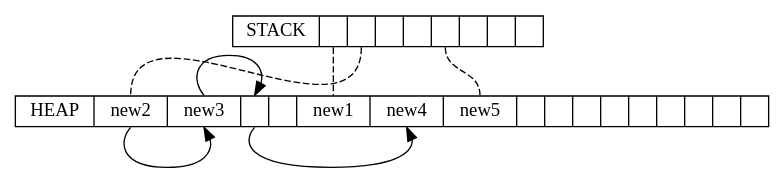
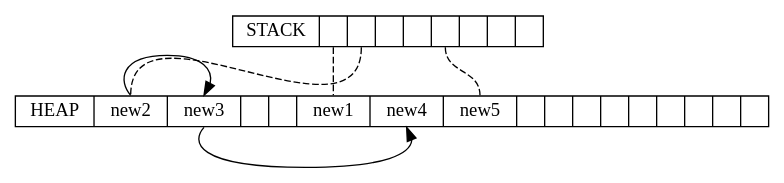
Diagram 12 of 13 in blog/modules/ROOT/pages/6-garbage-collector-perf.adoc (com-lihaoyi/mill), drawn with Graphviz before and after one commit. The commit also changed other lines of this file, not shown here.

````diff
--- a/blog/modules/ROOT/pages/6-garbage-collector-perf.adoc
+++ b/blog/modules/ROOT/pages/6-garbage-collector-perf.adoc
@@ -361,15 +361,14 @@
 ```graphviz
 digraph G {
 
   node [shape=box width=0 height=0 style=filled fillcolor=white]
   heap [shape=record label="HEAP | <f0> new2 | <f1> new3 | <f2>  | <f3>  | <f4> new1 | <f5> new4 | <f6> new5 | <f7> | <f8> | <f9> | <f10> | <f11> | <f12> | <f13> | <f14> | <f15>"]
 
   stack [shape=record label="STACK | <f0> | <f1> | <f2> | <f3> | <f4> | <f5> | <f6> | <f7> "]
   stack:f0 -> heap:f4 [dir=none, style=dashed]
   stack:f1 -> heap:f0 [dir=none, style=dashed]
-  heap:f0:s -> heap:f1:s
-  heap:f1:n -> heap:f2:n
-  heap:f2:s -> heap:f5:s
+  heap:f0:n -> heap:f1:n
+  heap:f1:s -> heap:f5:s
   stack:f4 -> heap:f6 [dir=none, style=dashed]
 }
 ```
````
